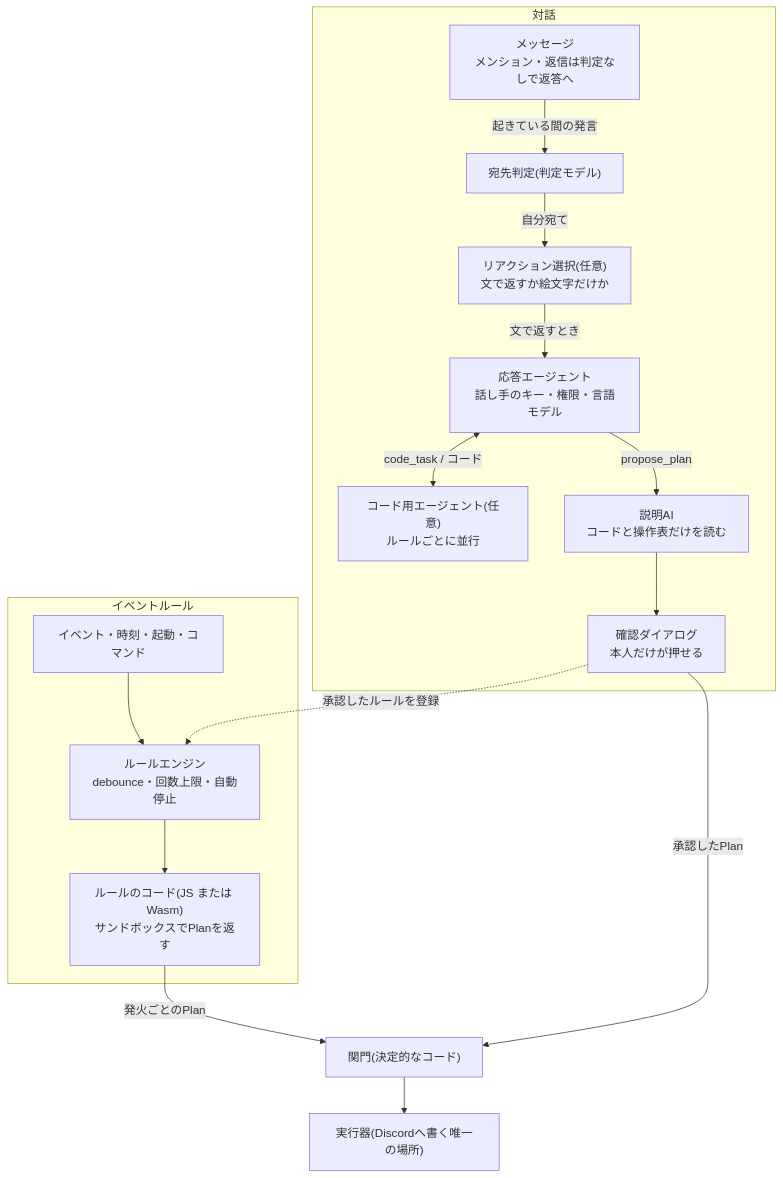
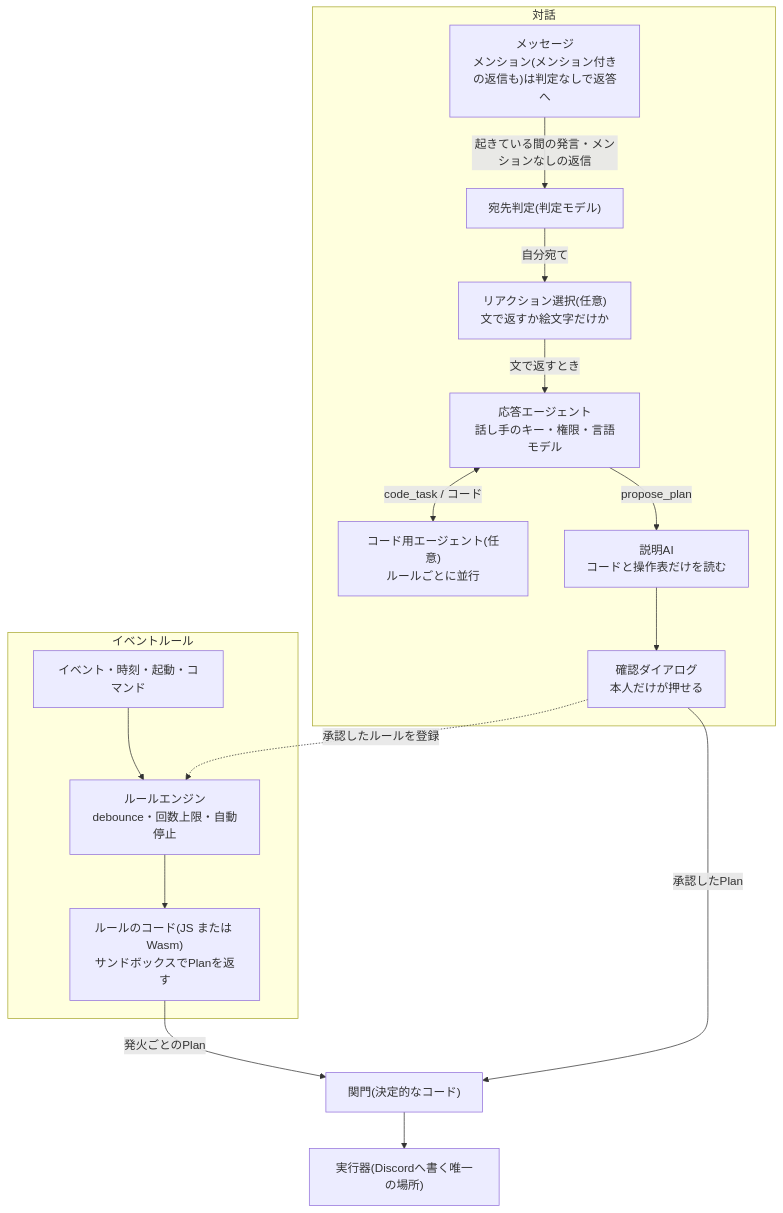
One commit to gw31415/discord-secretary-bot changed the second of 3 diagrams in README.md. Above: the diagram before and after it, drawn with Mermaid. The commit also changed 4 other files, not shown here.

````diff
--- a/README.md
+++ b/README.md
@@ -45,19 +45,19 @@
 ```mermaid
 flowchart TB
   subgraph 対話
-    M["メッセージ<br/>メンション・返信は判定なしで返答へ"] -->|起きている間の発言| J["宛先判定(判定モデル)"]
+    M["メッセージ<br/>メンション(メンション付きの返信も)は判定なしで返答へ"] -->|起きている間の発言・メンションなしの返信| J["宛先判定(判定モデル)"]
     J -->|自分宛て| X["リアクション選択(任意)<br/>文で返すか絵文字だけか"]
     X -->|文で返すとき| RA["応答エージェント<br/>話し手のキー・権限・言語モデル"]
     RA <-->|code_task / コード| CA["コード用エージェント(任意)<br/>ルールごとに並行"]
     RA -->|propose_plan| EX["説明AI<br/>コードと操作表だけを読む"]
     EX --> DLG["確認ダイアログ<br/>本人だけが押せる"]
   end
   subgraph イベントルール
     EV["イベント・時刻・起動・コマンド"] --> EN["ルールエンジン<br/>debounce・回数上限・自動停止"]
     EN --> RC["ルールのコード(JS または Wasm)<br/>サンドボックスでPlanを返す"]
   end
   DLG -.->|承認したルールを登録| EN
   DLG -->|承認したPlan| G["関門(決定的なコード)"]
   RC -->|発火ごとのPlan| G
   G --> EXE["実行器(Discordへ書く唯一の場所)"]
 ```
````
